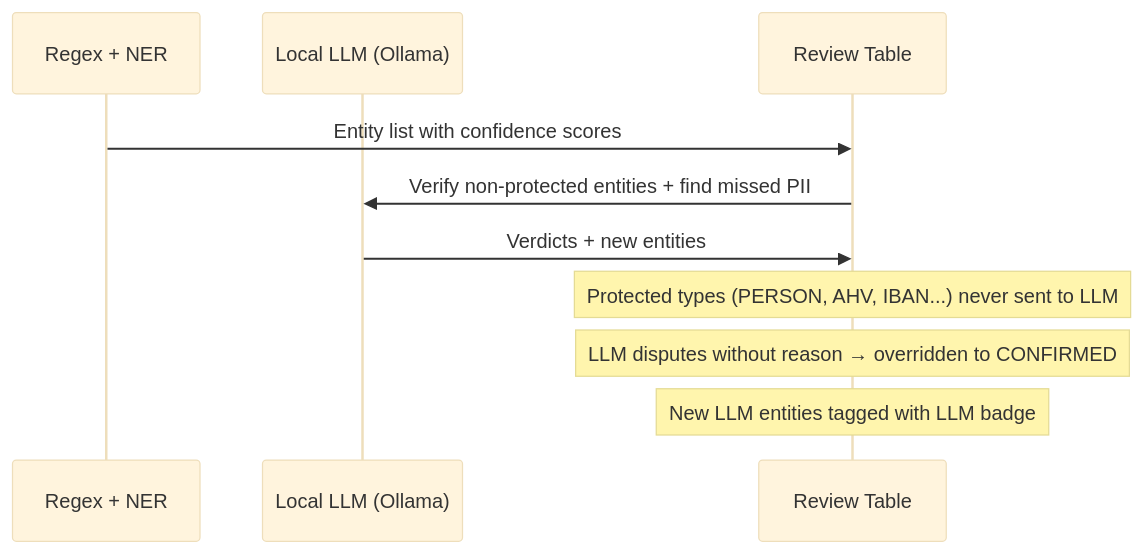
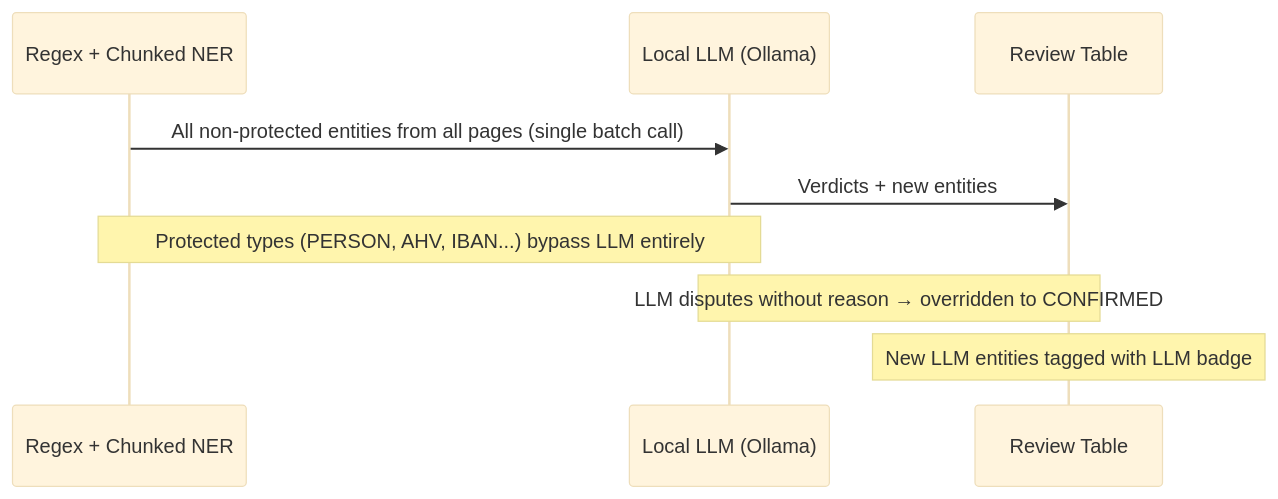
One commit to alallaqi/go-calma-redact changed the third of 4 diagrams in README.md. Above: the diagram before and after it, drawn with Mermaid (base theme). The commit also changed other lines of this file and 7 other files, not shown here.

````diff
--- a/README.md
+++ b/README.md
@@ -266,13 +284,12 @@
 ```mermaid
 sequenceDiagram
-    participant Regex as Regex + NER
+    participant Regex as Regex + Chunked NER
     participant LLM as Local LLM (Ollama)
     participant User as Review Table
 
-    Regex->>User: Entity list with confidence scores
-    User->>LLM: Verify non-protected entities + find missed PII
+    Regex->>LLM: All non-protected entities from all pages (single batch call)
     LLM->>User: Verdicts + new entities
-    Note over User: Protected types (PERSON, AHV, IBAN...) never sent to LLM
-    Note over User: LLM disputes without reason → overridden to CONFIRMED
+    Note over Regex,LLM: Protected types (PERSON, AHV, IBAN...) bypass LLM entirely
+    Note over LLM,User: LLM disputes without reason → overridden to CONFIRMED
     Note over User: New LLM entities tagged with LLM badge
 ```
````
